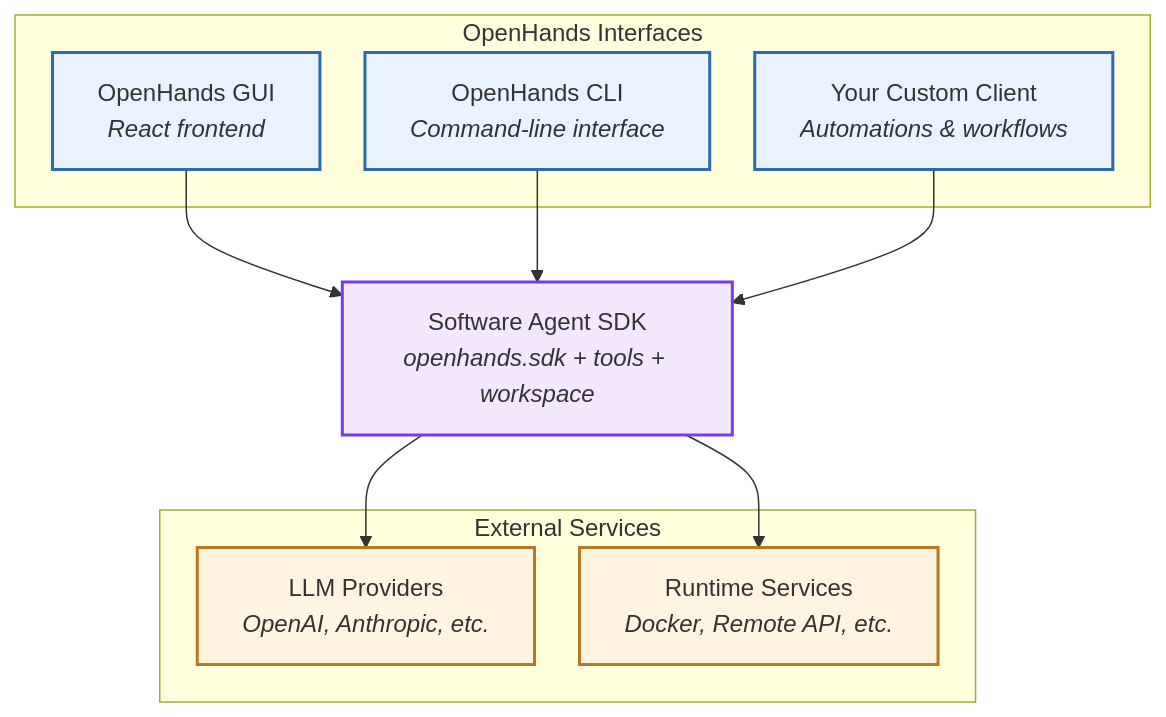
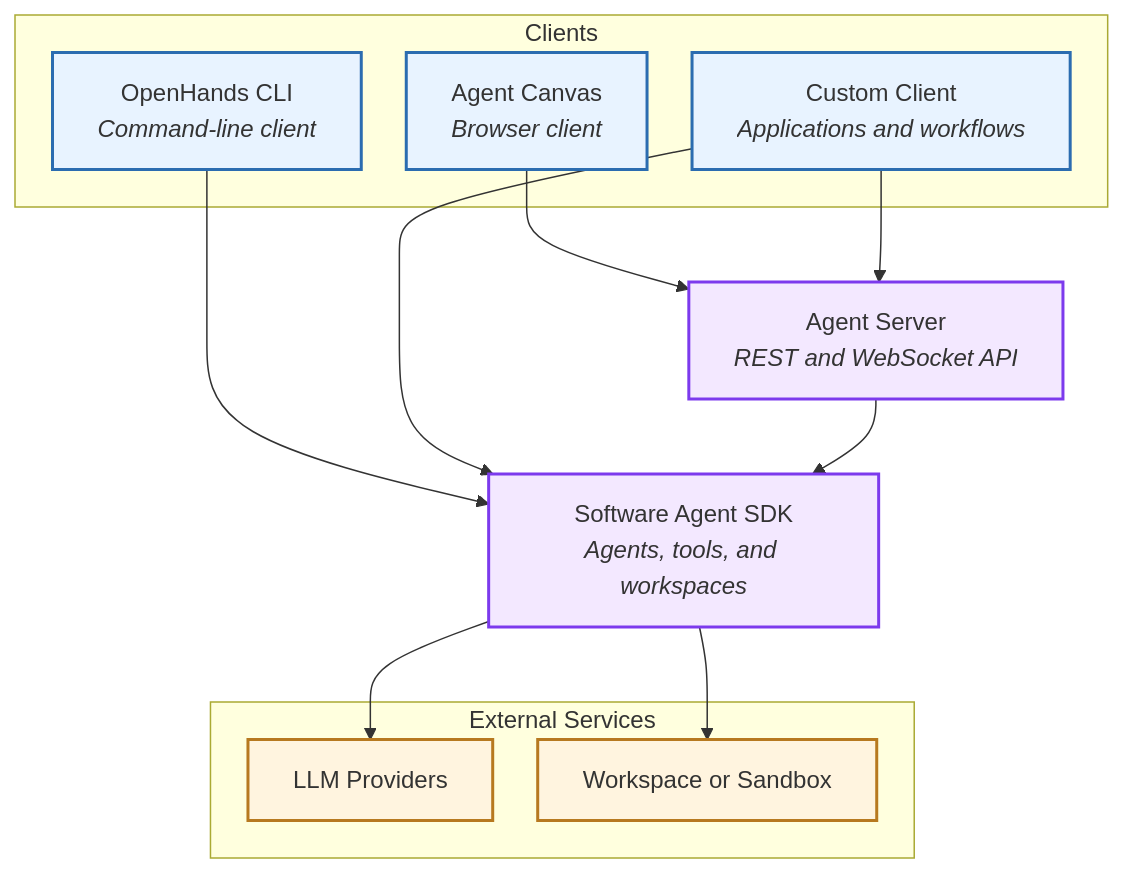
The first of 5 diagrams in sdk/arch/overview.mdx (OpenHands/docs), drawn with Mermaid before and after one commit. The commit also changed other lines of this file and 21 other files, not shown here.

Commit message:
docs: update repository and Agent Canvas boundaries

````diff
--- a/sdk/arch/overview.mdx
+++ b/sdk/arch/overview.mdx
@@ -17,31 +18,33 @@
 ```mermaid
 %%{init: {"theme": "default", "flowchart": {"nodeSpacing": 30, "rankSpacing": 50}} }%%
 graph TB
-    subgraph Interfaces["OpenHands Interfaces"]
-        UI[OpenHands GUI<br><i>React frontend</i>]
-        CLI[OpenHands CLI<br><i>Command-line interface</i>]
-        Custom[Your Custom Client<br><i>Automations & workflows</i>]
+    subgraph Clients["Clients"]
+        Canvas[Agent Canvas<br><i>Browser client</i>]
+        CLI[OpenHands CLI<br><i>Command-line client</i>]
+        Custom[Custom Client<br><i>Applications and workflows</i>]
     end
 
-    SDK[Software Agent SDK<br><i>openhands.sdk + tools + workspace</i>]
-    
+    Server[Agent Server<br><i>REST and WebSocket API</i>]
+    SDK[Software Agent SDK<br><i>Agents, tools, and workspaces</i>]
+
     subgraph External["External Services"]
-        LLM[LLM Providers<br><i>OpenAI, Anthropic, etc.</i>]
-        Runtime[Runtime Services<br><i>Docker, Remote API, etc.</i>]
+        LLM[LLM Providers]
+        Workspace[Workspace or Sandbox]
     end
 
-    UI --> SDK
+    Canvas --> Server
     CLI --> SDK
+    Custom --> Server
     Custom --> SDK
-    
+    Server --> SDK
     SDK --> LLM
-    SDK --> Runtime
-    
+    SDK --> Workspace
+
     classDef interface fill:#e8f3ff,stroke:#2b6cb0,stroke-width:2px
     classDef sdk fill:#f3e8ff,stroke:#7c3aed,stroke-width:2px
     classDef external fill:#fff4df,stroke:#b7791f,stroke-width:2px
-    
-    class UI,CLI,Custom interface
-    class SDK sdk
-    class LLM,Runtime external
+
+    class Canvas,CLI,Custom interface
+    class Server,SDK sdk
+    class LLM,Workspace external
 ```
````
